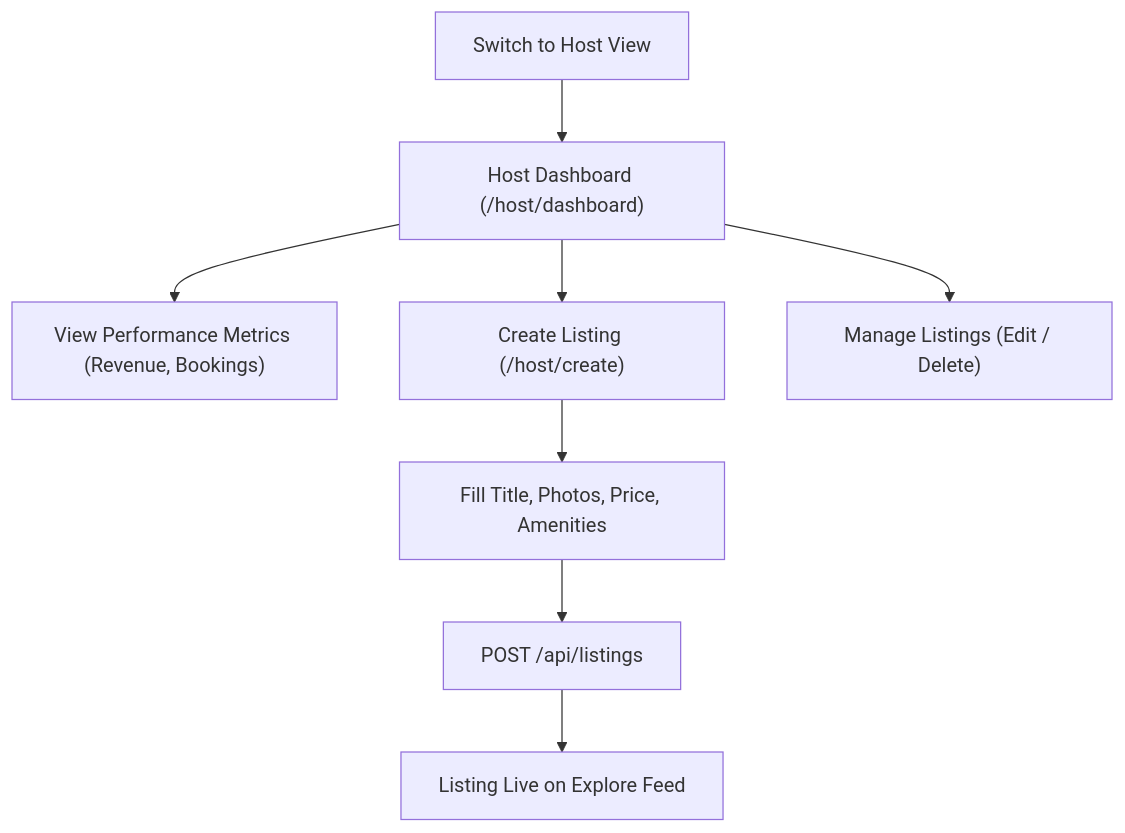
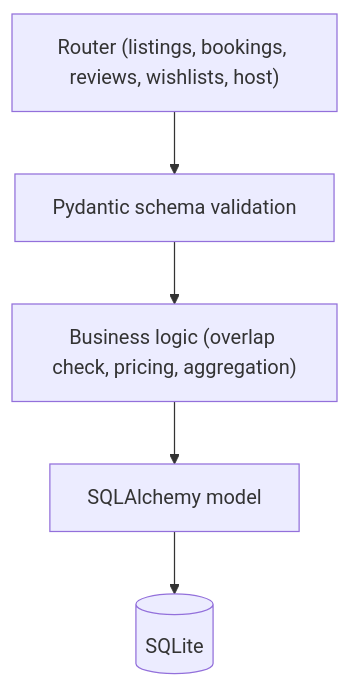
Before and after one commit to aarzusharma07/airbnb-fullstack-assignment: the fourth of 4 diagrams in README.md, drawn with Mermaid. The commit also changed other lines of this file, not shown here.

````diff
--- a/README.md
+++ b/README.md
@@ -317,10 +525,7 @@
 ```mermaid
 flowchart TD
-    A["Switch to Host View"] --> B["Host Dashboard (/host/dashboard)"]
-    B --> C["View Performance Metrics (Revenue, Bookings)"]
-    B --> D["Create Listing (/host/create)"]
-    D --> E["Fill Title, Photos, Price, Amenities"]
-    E --> F["POST /api/listings"]
-    F --> G["Listing Live on Explore Feed"]
-    B --> H["Manage Listings (Edit / Delete)"]
+    A["Router (listings, bookings, reviews, wishlists, host)"] --> B["Pydantic schema validation"]
+    B --> C["Business logic (overlap check, pricing, aggregation)"]
+    C --> D["SQLAlchemy model"]
+    D --> E[("SQLite")]
 ```
````
